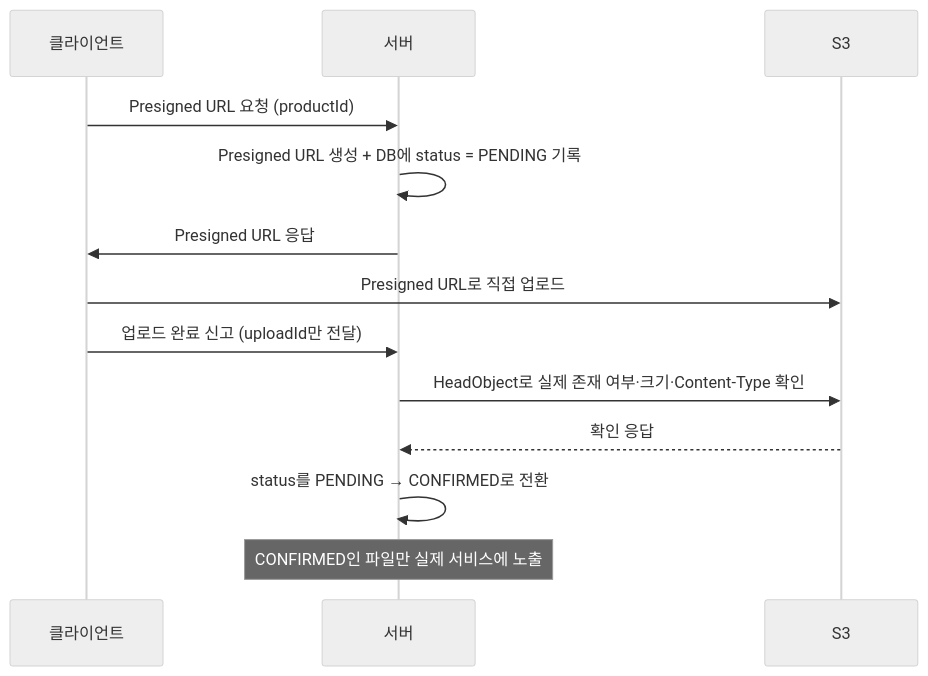
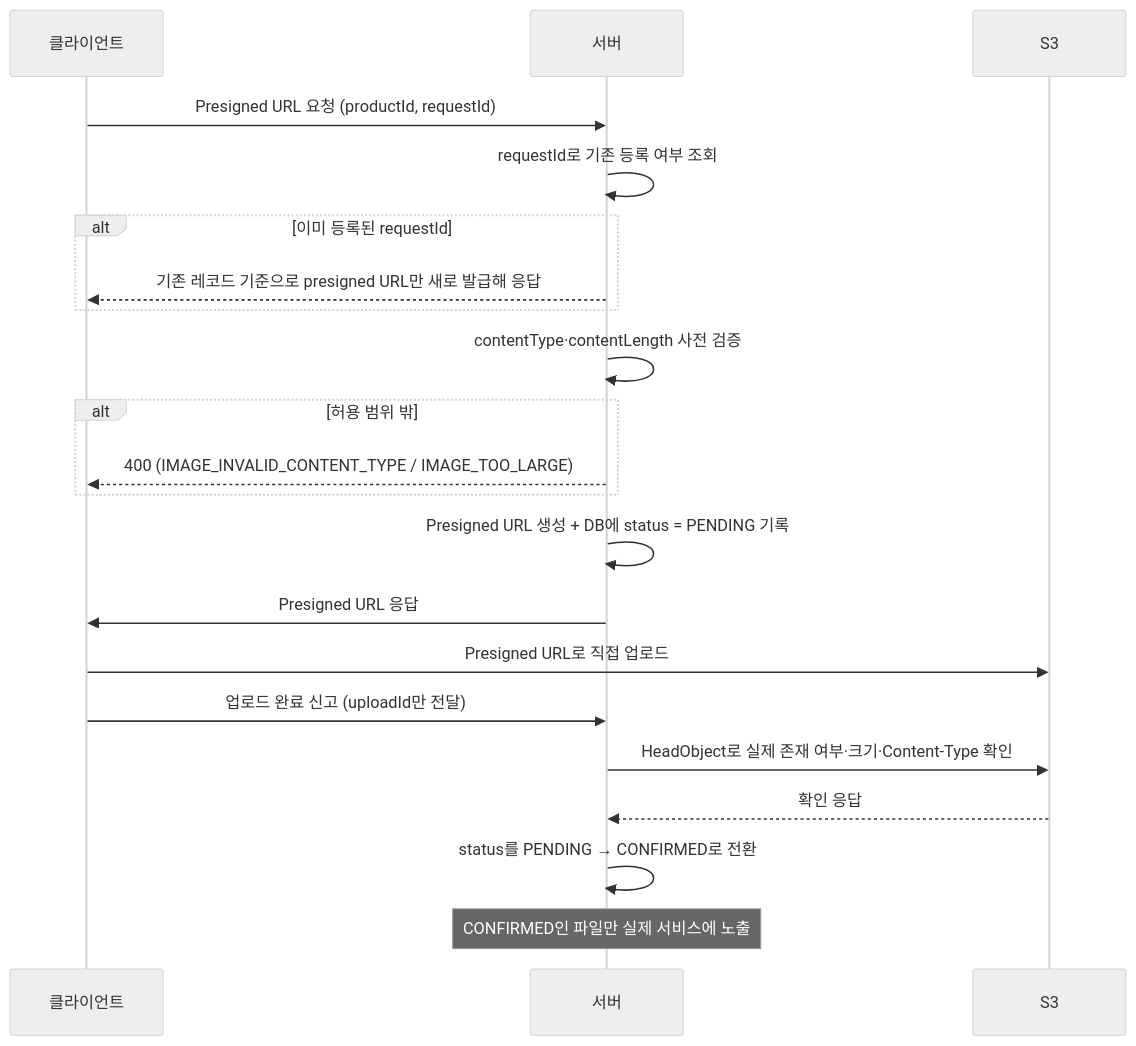
The diagram in docs/wiki/상품 이미지 등록.md (fresh-market/fm-backend), drawn with Mermaid (neutral theme) before and after one commit. The commit also changed other lines of this file and 1 other file, not shown here.

````diff
--- a/docs/wiki/상품 이미지 등록.md
+++ b/docs/wiki/상품 이미지 등록.md
@@ -86,16 +91,23 @@
 ```mermaid
 sequenceDiagram
     participant C as 클라이언트
     participant S as 서버
     participant S3 as S3
-
-    C->>S: Presigned URL 요청 (productId)
+    C->>S: Presigned URL 요청 (productId, requestId)
+    S->>S: requestId로 기존 등록 여부 조회
+    alt 이미 등록된 requestId
+        S-->>C: 기존 레코드 기준으로 presigned URL만 새로 발급해 응답
+    end
+    S->>S: contentType·contentLength 사전 검증
+    alt 허용 범위 밖
+        S-->>C: 400 (IMAGE_INVALID_CONTENT_TYPE / IMAGE_TOO_LARGE)
+    end
     S->>S: Presigned URL 생성 + DB에 status = PENDING 기록
     S->>C: Presigned URL 응답
     C->>S3: Presigned URL로 직접 업로드
     C->>S: 업로드 완료 신고 (uploadId만 전달)
     S->>S3: HeadObject로 실제 존재 여부·크기·Content-Type 확인
     S3-->>S: 확인 응답
     S->>S: status를 PENDING → CONFIRMED로 전환
     Note over S: CONFIRMED인 파일만 실제 서비스에 노출
 ```
````
